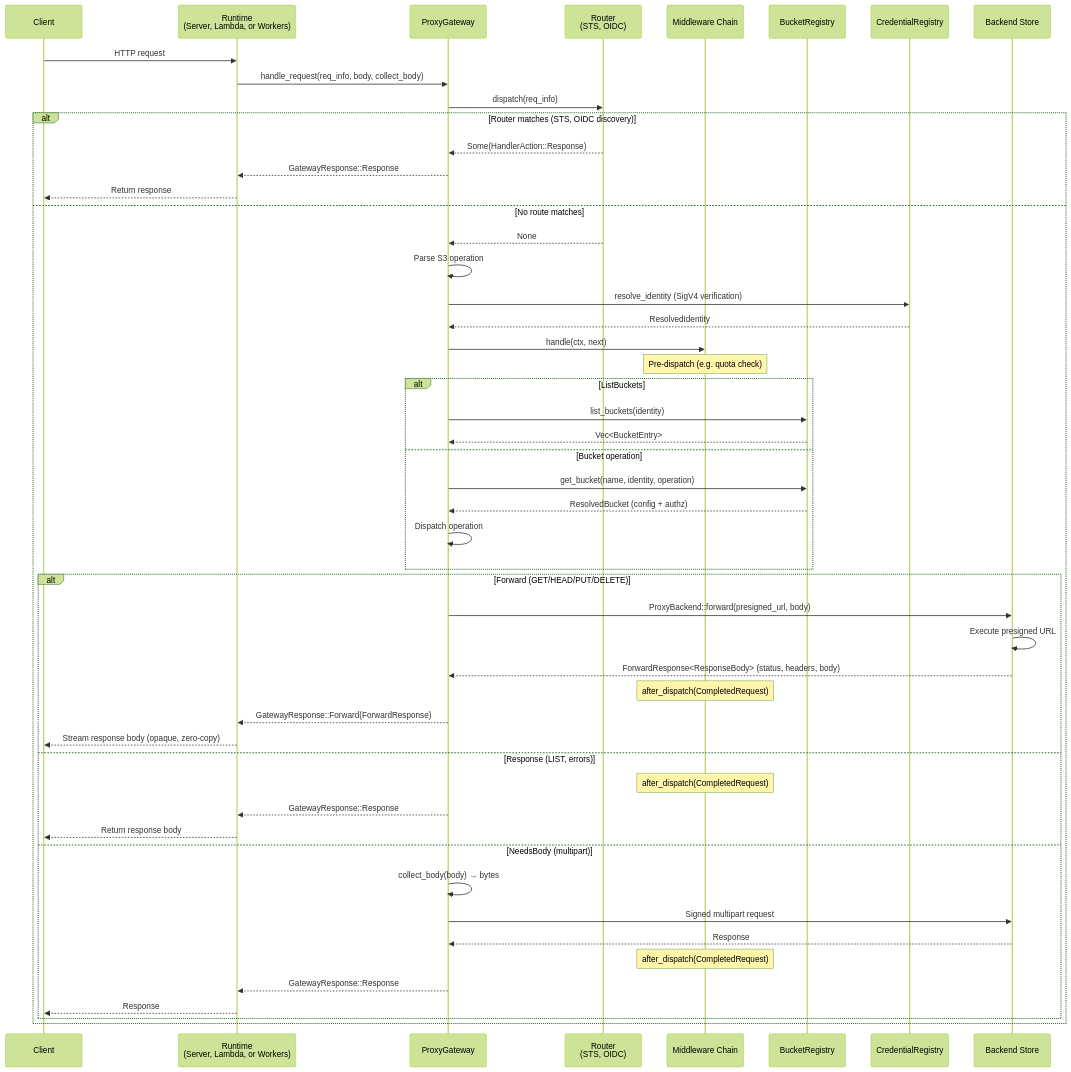
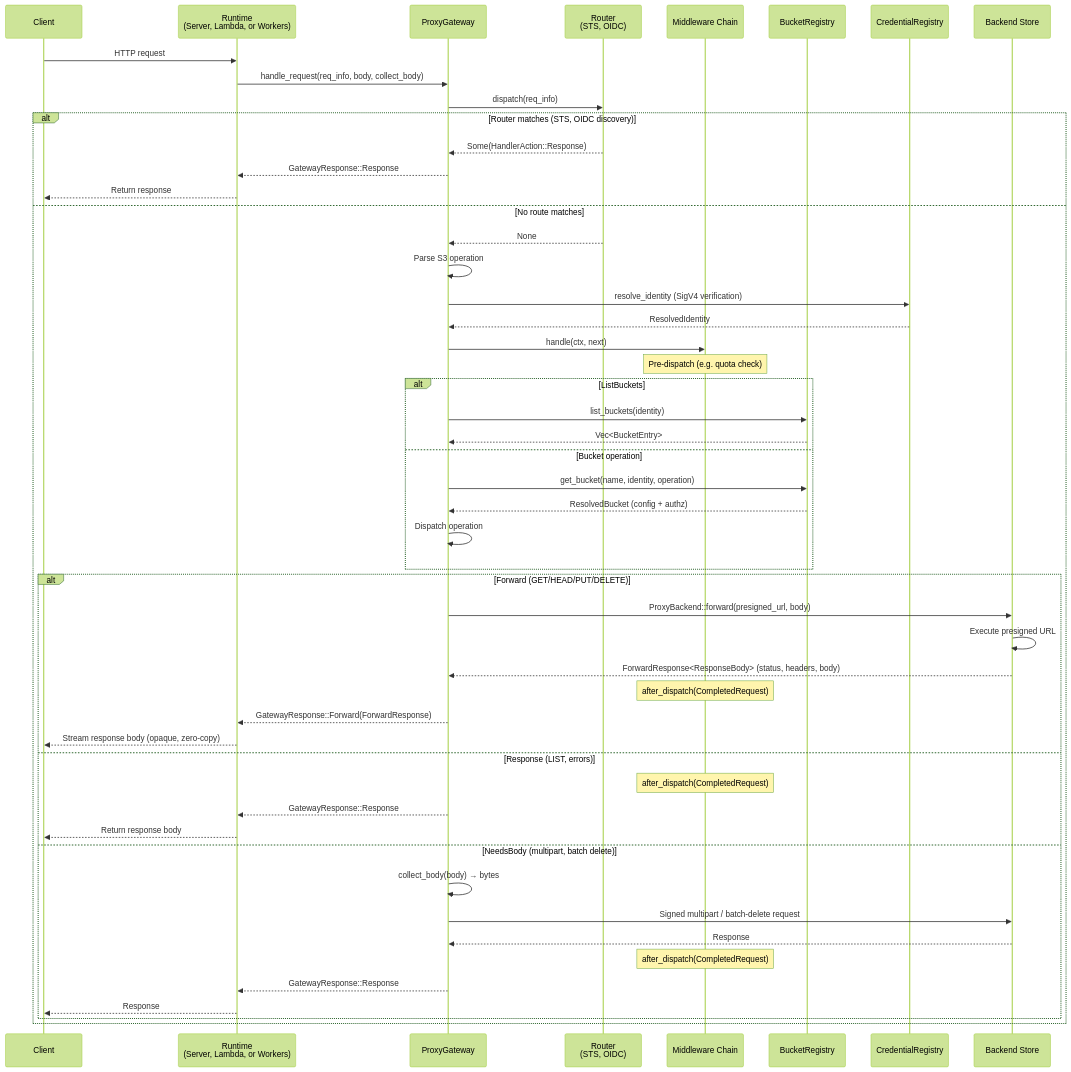
One commit to developmentseed/multistore changed the diagram in docs/architecture/request-lifecycle.md. Above: the diagram before and after it, drawn with Mermaid (forest theme). The commit also changed other lines of this file and 28 other files, not shown here.

First line of the commit message:
feat: data edit operations — batch delete, copy rejection, wider write headers (#88)

````diff
--- a/docs/architecture/request-lifecycle.md
+++ b/docs/architecture/request-lifecycle.md
@@ -7,55 +7,55 @@
 ```mermaid
 sequenceDiagram
     participant Client
     participant Runtime as Runtime<br/>(Server, Lambda, or Workers)
     participant Gateway as ProxyGateway
     participant Router as Router<br/>(STS, OIDC)
     participant Middleware as Middleware Chain
     participant BucketReg as BucketRegistry
     participant CredReg as CredentialRegistry
     participant Backend as Backend Store
 
     Client->>Runtime: HTTP request
     Runtime->>Gateway: handle_request(req_info, body, collect_body)
     Gateway->>Router: dispatch(req_info)
     alt Router matches (STS, OIDC discovery)
         Router-->>Gateway: Some(HandlerAction::Response)
         Gateway-->>Runtime: GatewayResponse::Response
         Runtime-->>Client: Return response
     else No route matches
         Router-->>Gateway: None
         Gateway->>Gateway: Parse S3 operation
         Gateway->>CredReg: resolve_identity (SigV4 verification)
         CredReg-->>Gateway: ResolvedIdentity
         Gateway->>Middleware: handle(ctx, next)
         Note over Middleware: Pre-dispatch (e.g. quota check)
         alt ListBuckets
             Gateway->>BucketReg: list_buckets(identity)
             BucketReg-->>Gateway: Vec<BucketEntry>
         else Bucket operation
             Gateway->>BucketReg: get_bucket(name, identity, operation)
             BucketReg-->>Gateway: ResolvedBucket (config + authz)
             Gateway->>Gateway: Dispatch operation
         end
 
         alt Forward (GET/HEAD/PUT/DELETE)
             Gateway->>Backend: ProxyBackend::forward(presigned_url, body)
             Backend->>Backend: Execute presigned URL
             Backend-->>Gateway: ForwardResponse<ResponseBody> (status, headers, body)
             Note over Middleware: after_dispatch(CompletedRequest)
             Gateway-->>Runtime: GatewayResponse::Forward(ForwardResponse)
             Runtime-->>Client: Stream response body (opaque, zero-copy)
         else Response (LIST, errors)
             Note over Middleware: after_dispatch(CompletedRequest)
             Gateway-->>Runtime: GatewayResponse::Response
             Runtime-->>Client: Return response body
-        else NeedsBody (multipart)
+        else NeedsBody (multipart, batch delete)
             Gateway->>Gateway: collect_body(body) → bytes
-            Gateway->>Backend: Signed multipart request
+            Gateway->>Backend: Signed multipart / batch-delete request
             Backend-->>Gateway: Response
             Note over Middleware: after_dispatch(CompletedRequest)
             Gateway-->>Runtime: GatewayResponse::Response
             Runtime-->>Client: Response
         end
     end
 ```
````
